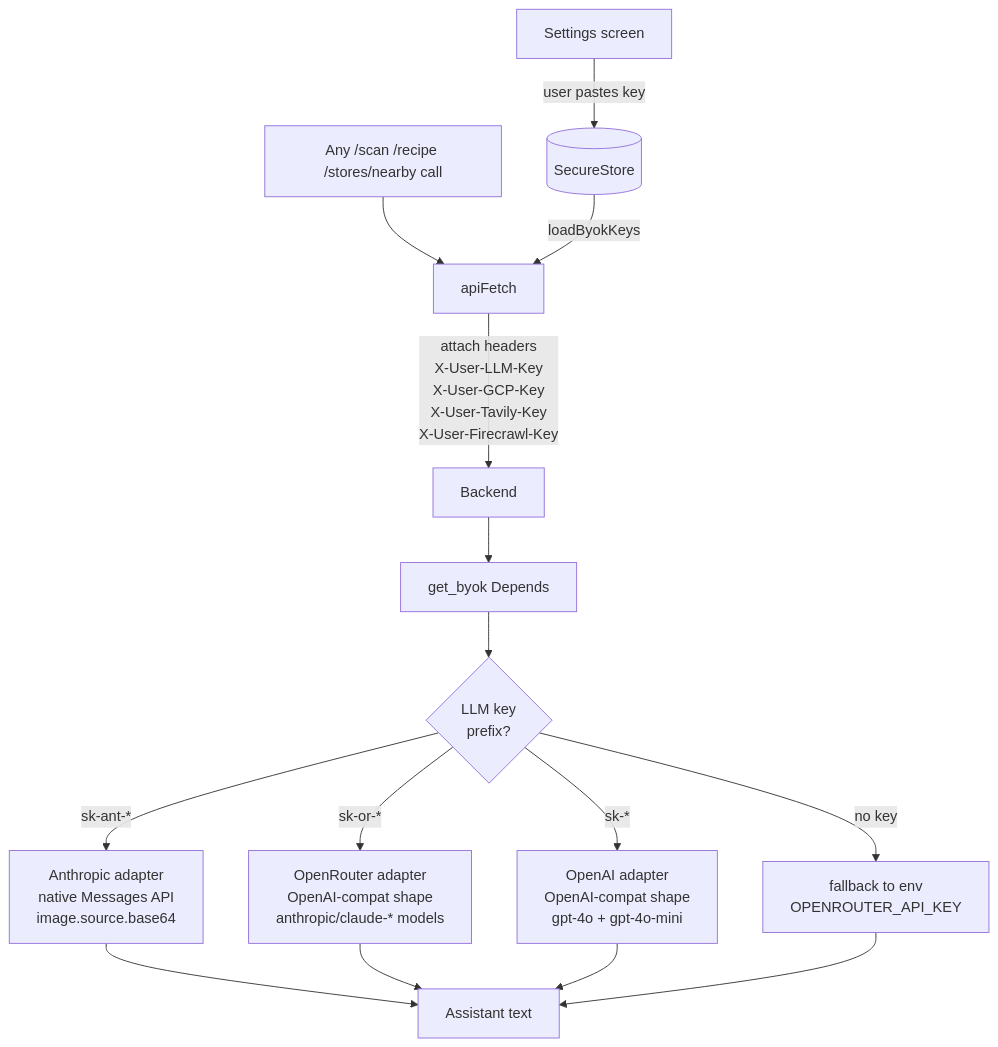
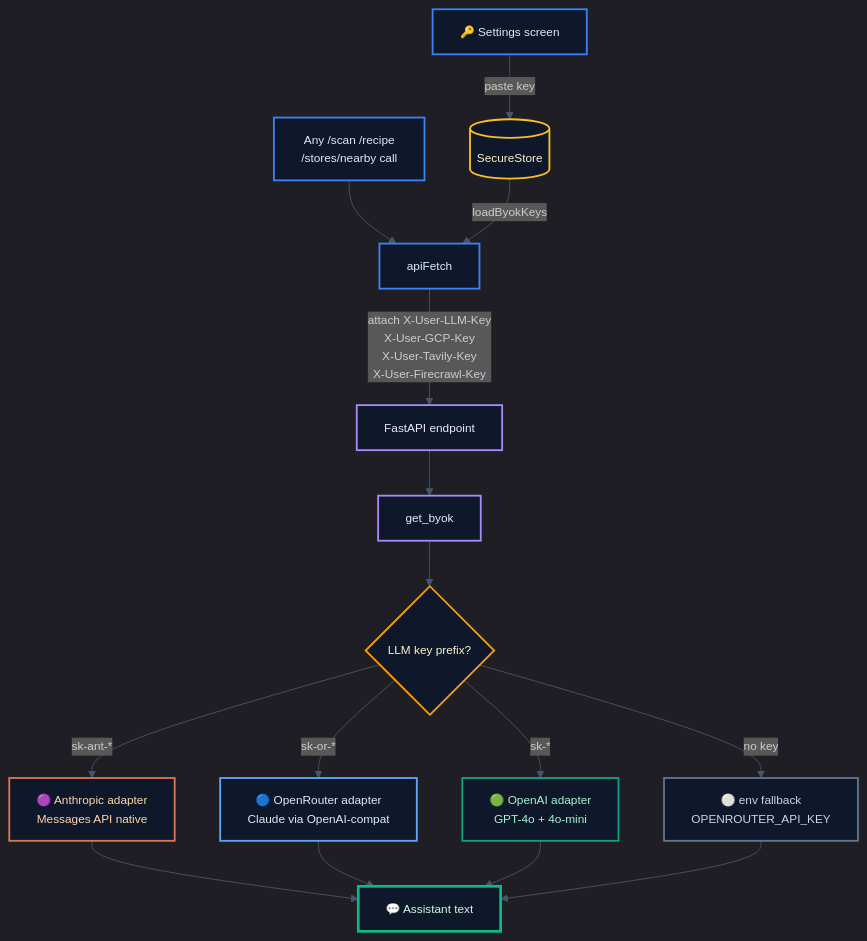
Before and after one commit to p-kowadkar/HomeCart: the fourth of 5 diagrams in README.md, drawn with Mermaid. The commit also changed other lines of this file, not shown here.

First line of the commit message:
Polish README diagrams: dark theme + color-coded categories

````diff
--- a/README.md
+++ b/README.md
@@ -115,14 +141,25 @@
 ```mermaid
+%%{init: {'theme':'dark', 'themeVariables': {'fontSize':'13px', 'fontFamily':'-apple-system, system-ui, sans-serif', 'lineColor':'#475569'}}}%%
 flowchart TB
-    Settings[Settings screen] -->|user pastes key| SS[(SecureStore)]
-    Request[Any /scan /recipe /stores/nearby call] --> apiFetch
-    SS -->|loadByokKeys| apiFetch
-    apiFetch -->|attach headers<br/>X-User-LLM-Key<br/>X-User-GCP-Key<br/>X-User-Tavily-Key<br/>X-User-Firecrawl-Key| Backend
-    Backend --> get_byok[get_byok Depends]
-    get_byok --> Detect{LLM key<br/>prefix?}
-    Detect -->|sk-ant-*| Anth[Anthropic adapter<br/>native Messages API<br/>image.source.base64]
-    Detect -->|sk-or-*| OR[OpenRouter adapter<br/>OpenAI-compat shape<br/>anthropic/claude-* models]
-    Detect -->|sk-*| OAI[OpenAI adapter<br/>OpenAI-compat shape<br/>gpt-4o + gpt-4o-mini]
-    Detect -->|no key| Env[fallback to env<br/>OPENROUTER_API_KEY]
-    Anth & OR & OAI & Env --> Reply[Assistant text]
+    Settings["🔑 Settings screen"]:::mobile -->|paste key| SS[("SecureStore")]:::data
+    Request["Any /scan /recipe<br/>/stores/nearby call"]:::mobile --> Api["apiFetch"]:::mobile
+    SS -->|loadByokKeys| Api
+    Api -->|"attach X-User-LLM-Key<br/>X-User-GCP-Key<br/>X-User-Tavily-Key<br/>X-User-Firecrawl-Key"| Backend["FastAPI endpoint"]:::backend
+    Backend --> ByokDep["get_byok"]:::backend
+    ByokDep --> Detect{"LLM key prefix?"}:::decision
+    Detect -->|sk-ant-*| Anth["🟣 Anthropic adapter<br/>Messages API native"]:::anthropic
+    Detect -->|sk-or-*| OR["🔵 OpenRouter adapter<br/>Claude via OpenAI-compat"]:::openrouter
+    Detect -->|sk-*| OAI["🟢 OpenAI adapter<br/>GPT-4o + 4o-mini"]:::openai
+    Detect -->|no key| Env["⚪ env fallback<br/>OPENROUTER_API_KEY"]:::fallback
+    Anth & OR & OAI & Env --> Reply["💬 Assistant text"]:::result
+
+    classDef mobile fill:#0F172A,stroke:#3B82F6,stroke-width:2px,color:#DBEAFE
+    classDef backend fill:#0F172A,stroke:#A78BFA,stroke-width:2px,color:#EDE9FE
+    classDef data fill:#0F172A,stroke:#FBBF24,stroke-width:2px,color:#FEF3C7
+    classDef decision fill:#0F172A,stroke:#F59E0B,stroke-width:2px,color:#FEF3C7
+    classDef anthropic fill:#0F172A,stroke:#D97757,stroke-width:2px,color:#FED7AA
+    classDef openrouter fill:#0F172A,stroke:#60A5FA,stroke-width:2px,color:#DBEAFE
+    classDef openai fill:#0F172A,stroke:#10A37F,stroke-width:2px,color:#A7F3D0
+    classDef fallback fill:#0F172A,stroke:#64748B,stroke-width:2px,color:#CBD5E1
+    classDef result fill:#0F172A,stroke:#10B981,stroke-width:3px,color:#D1FAE5
 ```
````
